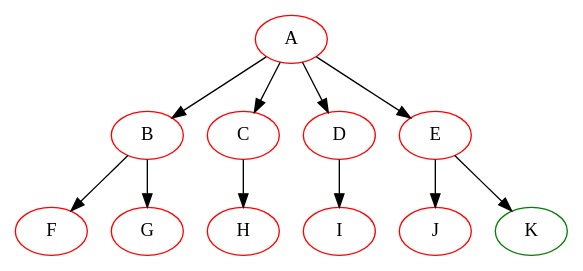
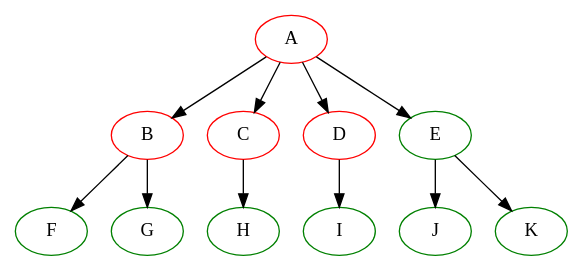
One commit to dtbinh/tpS5 changed the diagram in ARO/graphes/tp2/visu.ps.dot. Above: the diagram before and after it, drawn with Graphviz. The commit also changed 13 other files, not shown here.

```diff
--- a/ARO/graphes/tp2/visu.ps.dot
+++ b/ARO/graphes/tp2/visu.ps.dot
@@ -1,23 +1,23 @@
 digraph {
 A [color=red];
 B [color=red];
 C [color=red];
 D [color=red];
-E [color=red];
-F [color=red];
-G [color=red];
-H [color=red];
-I [color=red];
-J [color=red];
+E [color=green];
+F [color=green];
+G [color=green];
+H [color=green];
+I [color=green];
+J [color=green];
 K [color=green];
  A -> B
  A -> C
  A -> D
  A -> E
  B -> F
  B -> G
  C -> H
  D -> I
  E -> J
  E -> K
 }
```
